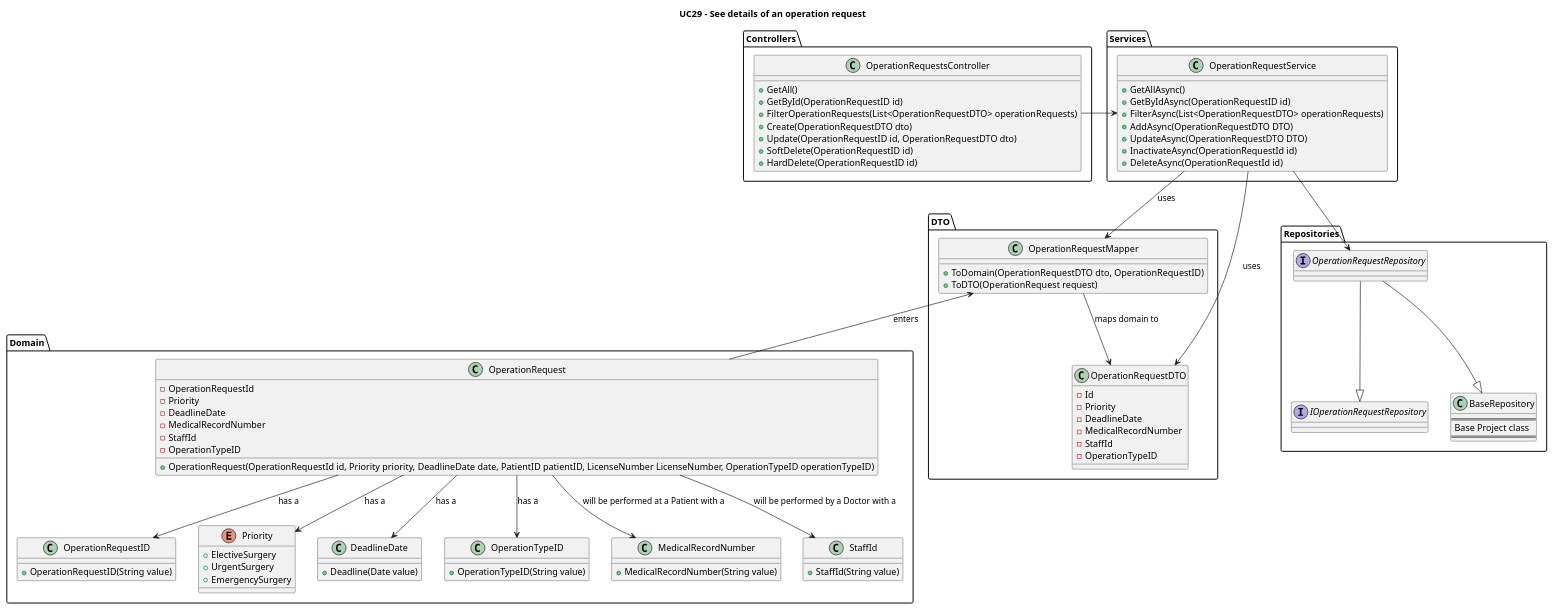
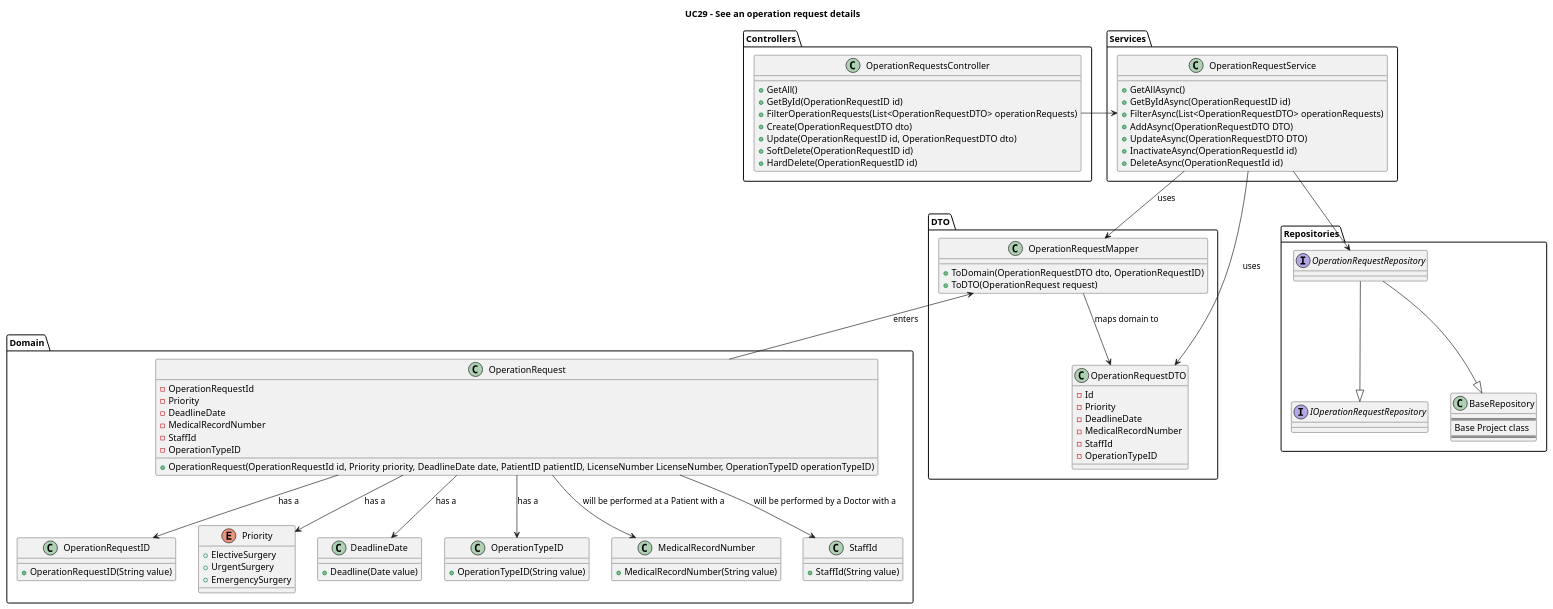
One commit to MiguelCardoso77/SurgicalSync-BackEnd changed the diagram in Wiki/SprintA/diagrams/use-cases/29-see-operation-requests-details/class-diagram.puml. Above: the diagram before and after it, drawn with PlantUML. The commit also changed 3 other files, not shown here.

Commit message:
#19 - Documentation review for "See an operation request details" use case

```diff
--- a/Wiki/SprintA/diagrams/use-cases/29-see-operation-requests-details/class-diagram.puml
+++ b/Wiki/SprintA/diagrams/use-cases/29-see-operation-requests-details/class-diagram.puml
@@ -1,123 +1,123 @@
 @startuml
 
-Title "UC29 - See details of an operation request"
+Title "UC29 - See an operation request details"
 
 package "Domain"{
 
 class OperationRequest{
     - OperationRequestId
     - Priority
     - DeadlineDate
     - MedicalRecordNumber
     - StaffId
     - OperationTypeID
     + OperationRequest(OperationRequestId id, Priority priority, DeadlineDate date, PatientID patientID, LicenseNumber LicenseNumber, OperationTypeID operationTypeID)
 }
 
 class OperationRequestID{
     + OperationRequestID(String value)
 }
 
 Enum Priority{
     + ElectiveSurgery
     + UrgentSurgery
     + EmergencySurgery
 }
 
 class DeadlineDate{
     + Deadline(Date value)
 }
 
 class OperationTypeID{
     + OperationTypeID(String value)
 }
 
 class MedicalRecordNumber{
     + MedicalRecordNumber(String value)
 }
 
 class StaffId{
     + StaffId(String value)
 }
 
 }
 
 package "DTO"{
 
 class OperationRequestDTO{
     - Id
     - Priority
     - DeadlineDate
     - MedicalRecordNumber
     - StaffId
     - OperationTypeID
 }
 
 class OperationRequestMapper{
     + ToDomain(OperationRequestDTO dto, OperationRequestID)
     + ToDTO(OperationRequest request)
 }
 }
 
 package "Controllers"{
 
 class OperationRequestsController{
     + GetAll()
     + GetById(OperationRequestID id)
     + FilterOperationRequests(List<OperationRequestDTO> operationRequests)
     + Create(OperationRequestDTO dto)
     + Update(OperationRequestID id, OperationRequestDTO dto)
     + SoftDelete(OperationRequestID id)
     + HardDelete(OperationRequestID id)
 }
 
 }
 
 package "Services"{
     class OperationRequestService{
         + GetAllAsync()
         + GetByIdAsync(OperationRequestID id)
         + FilterAsync(List<OperationRequestDTO> operationRequests)
         + AddAsync(OperationRequestDTO DTO)
         + UpdateAsync(OperationRequestDTO DTO)
         + InactivateAsync(OperationRequestId id)
         + DeleteAsync(OperationRequestId id)
     }
 }
 
 package "Repositories"{
 
 interface IOperationRequestRepository{
 }
 
 interface OperationRequestRepository{
 }
 
 class BaseRepository{
 ====
 Base Project class
 ====
 }
 
 }
 
 OperationRequestsController -> OperationRequestService
 OperationRequestService --> OperationRequestMapper : uses
 OperationRequestService --> OperationRequestDTO : uses
 
 OperationRequestMapper --> OperationRequestDTO : maps domain to
 OperationRequestMapper <-- OperationRequest : enters
 
 OperationRequest --> OperationRequestID : has a
 OperationRequest --> Priority : has a
 OperationRequest --> DeadlineDate : has a
 OperationRequest --> MedicalRecordNumber : will be performed at a Patient with a 
 OperationRequest --> StaffId : will be performed by a Doctor with a
 OperationRequest --> OperationTypeID : has a
 
 OperationRequestService --> OperationRequestRepository
 
 OperationRequestRepository --|> BaseRepository
 OperationRequestRepository --|> IOperationRequestRepository
 
 @enduml
```
